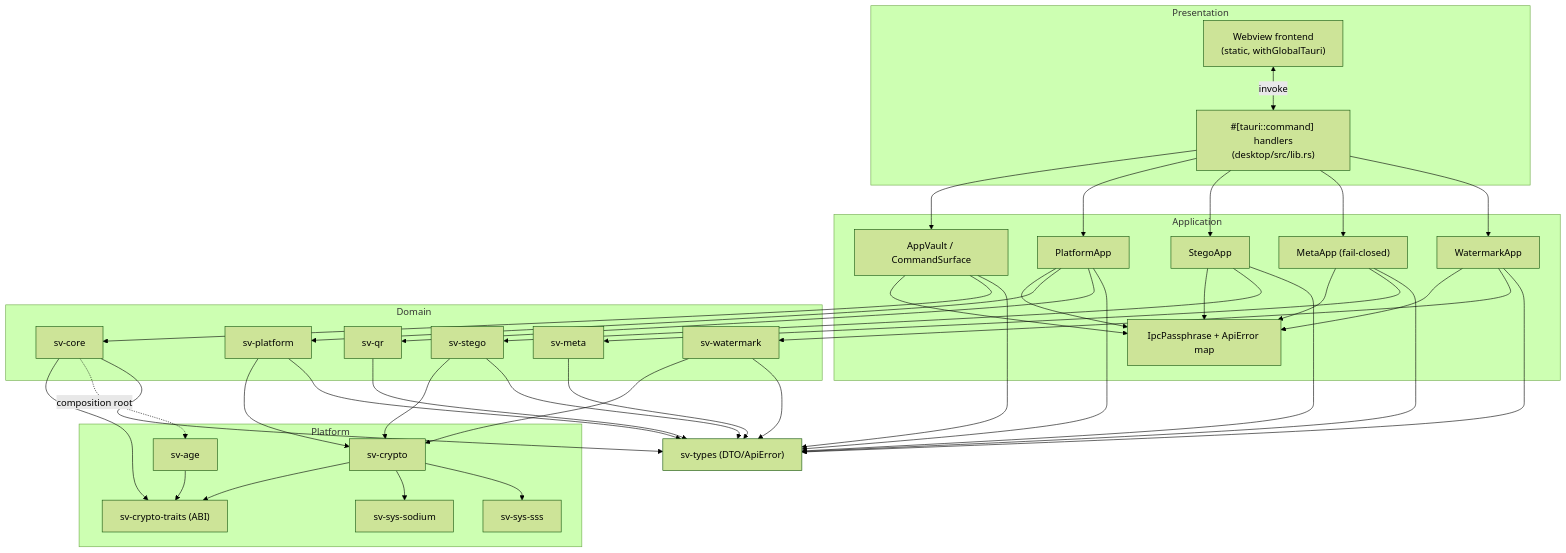
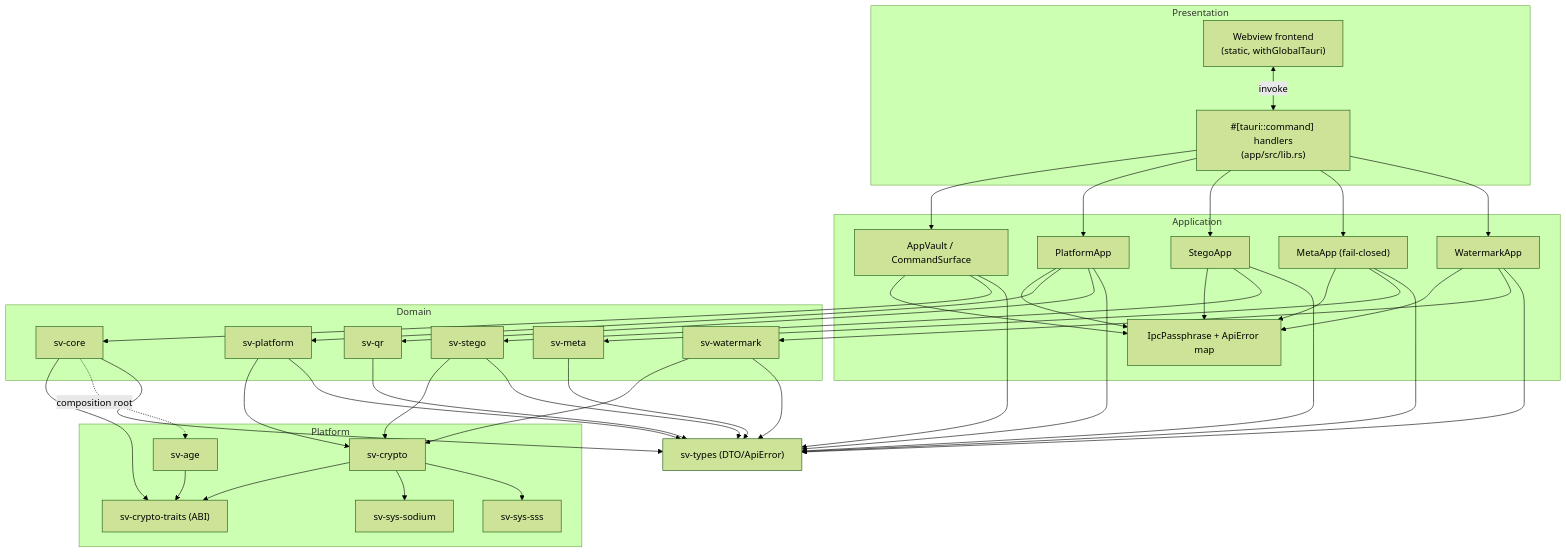
One commit to imtoiteu/secure-vault-research changed the second of 11 diagrams in docs/architecture/07-uml-diagrams.md. Above: the diagram before and after it, drawn with Mermaid (forest theme). The commit also changed other lines of this file and 58 other files, not shown here.

First line of the commit message:
refactor: rename desktop/ to app/ for the shared multi-platform shell

````diff
--- a/docs/architecture/07-uml-diagrams.md
+++ b/docs/architecture/07-uml-diagrams.md
@@ -68,50 +68,50 @@
 ```mermaid
 graph TB
     subgraph Presentation
         FE["Webview frontend<br/>(static, withGlobalTauri)"]
-        HND["#[tauri::command] handlers<br/>(desktop/src/lib.rs)"]
+        HND["#[tauri::command] handlers<br/>(app/src/lib.rs)"]
     end
     subgraph Application
         AV["AppVault / CommandSurface"]
         PA["PlatformApp"]
         SA["StegoApp"]
         MA["MetaApp (fail-closed)"]
         WA["WatermarkApp"]
         IPC["IpcPassphrase + ApiError map"]
     end
     subgraph Domain
         CORE["sv-core"]
         PLAT["sv-platform"]
         STEG["sv-stego"]
         META["sv-meta"]
         QR["sv-qr"]
         WM["sv-watermark"]
     end
     subgraph Platform
         TR["sv-crypto-traits (ABI)"]
         CR["sv-crypto"]
         AGE["sv-age"]
         SOD["sv-sys-sodium"]
         SSS["sv-sys-sss"]
     end
     TYPES["sv-types (DTO/ApiError)"]
 
     FE <-->|invoke| HND
     HND --> AV & PA & SA & MA & WA
     AV & PA & SA & MA & WA --> IPC
     AV --> CORE
     PA --> PLAT
     PA --> QR
     SA --> STEG
     MA --> META
     WA --> WM
     CORE --> TR
     CORE -. composition root .-> AGE
     PLAT --> CR
     STEG --> CR
     WM --> CR
     CR --> TR
     CR --> SOD & SSS
     AGE --> TR
     AV & PA & SA & MA & WA & CORE & PLAT & STEG & META & QR & WM --> TYPES
 ```
````
